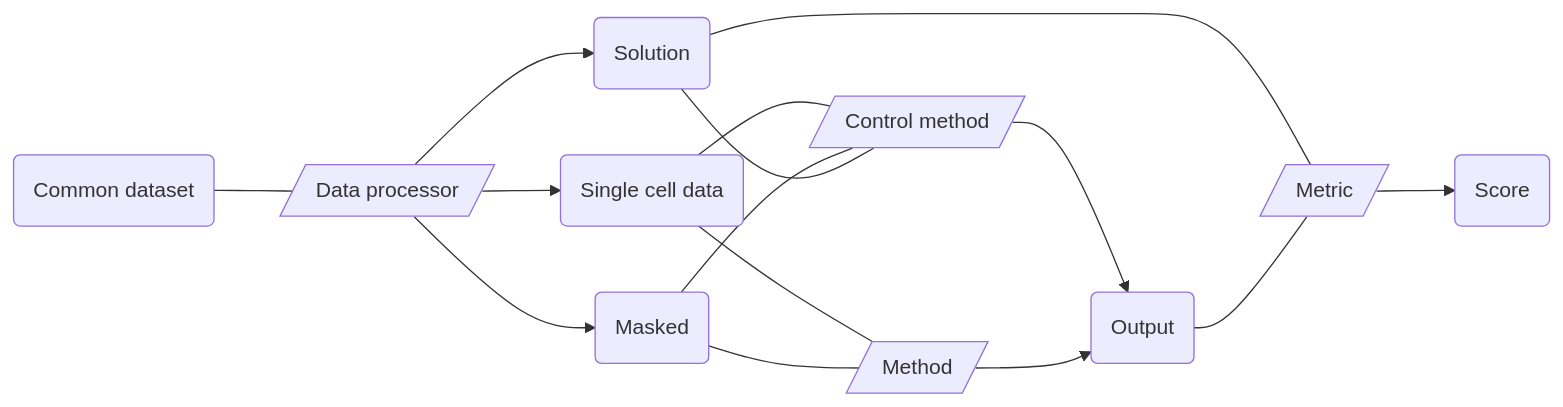
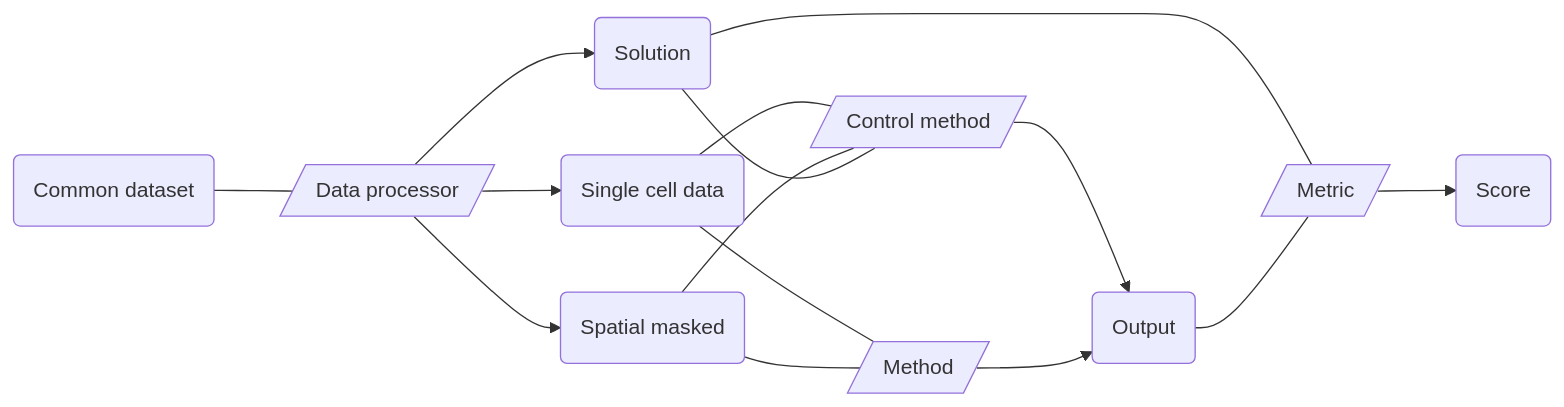
Before and after one commit to openproblems-bio/openproblems-v2: the diagram in src/tasks/spatial_decomposition/README.md, drawn with Mermaid. The commit also changed other lines of this file and 1 other file, not shown here.

Commit message:
change label masked to spatial masked

````diff
--- a/src/tasks/spatial_decomposition/README.md
+++ b/src/tasks/spatial_decomposition/README.md
@@ -40,27 +40,27 @@
 ``` mermaid
 flowchart LR
   file_common_dataset("Common dataset")
   comp_process_dataset[/"Data processor"/]
   file_single_cell("Single cell data")
-  file_spatial_masked("Masked")
+  file_spatial_masked("Spatial masked")
   file_solution("Solution")
   comp_control_method[/"Control method"/]
   comp_method[/"Method"/]
   comp_metric[/"Metric"/]
   file_output("Output")
   file_score("Score")
   file_common_dataset---comp_process_dataset
   comp_process_dataset-->file_single_cell
   comp_process_dataset-->file_spatial_masked
   comp_process_dataset-->file_solution
   file_single_cell---comp_control_method
   file_single_cell---comp_method
   file_spatial_masked---comp_control_method
   file_spatial_masked---comp_method
   file_solution---comp_control_method
   file_solution---comp_metric
   comp_control_method-->file_output
   comp_method-->file_output
   comp_metric-->file_score
   file_output---comp_metric
 ```
````
